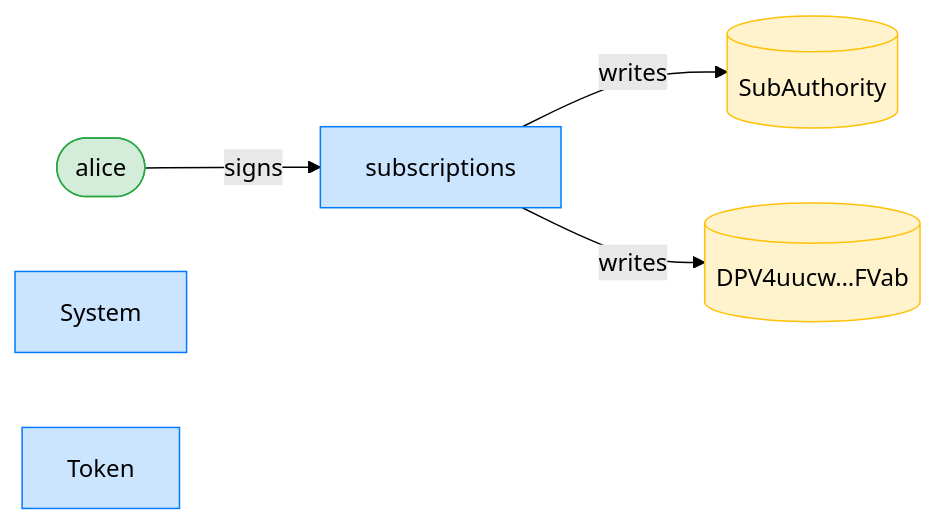
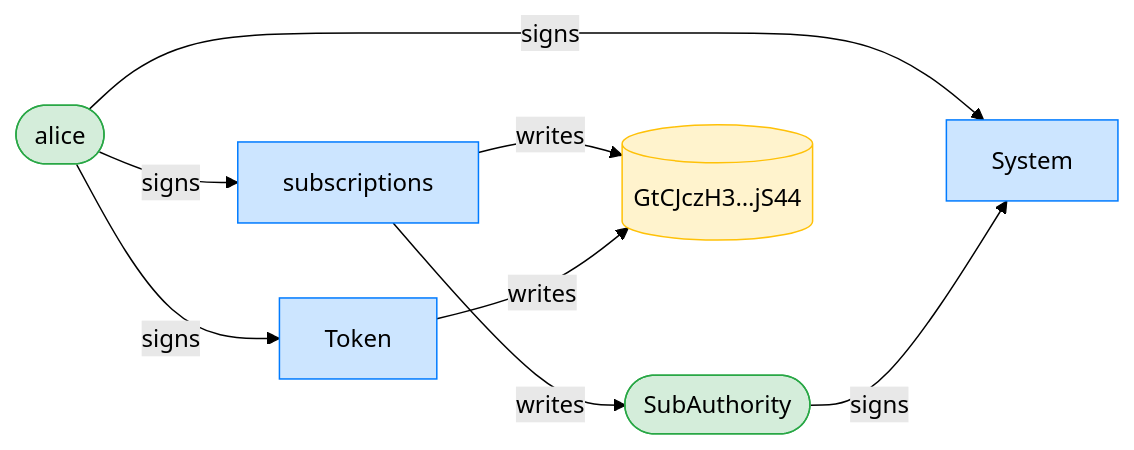
Before and after one commit to cds-rs/subscriptions: the third of 12 diagrams in dsl_tests/a-zero-expiry-means-no-expiry.md, drawn with Mermaid (forest theme). The commit also changed other lines of this file and 224 other files, not shown here.

````diff
--- a/dsl_tests/a-zero-expiry-means-no-expiry.md
+++ b/dsl_tests/a-zero-expiry-means-no-expiry.md
@@ -55,15 +56,19 @@
 ```mermaid
 flowchart LR
     classDef signer fill:#d4edda,stroke:#28a745;
     classDef program fill:#cce5ff,stroke:#007bff;
     classDef writable fill:#fff3cd,stroke:#ffc107;
     subscriptions[subscriptions]:::program
     alice([alice]):::signer
-    SubAuthority[(SubAuthority)]:::writable
-    DPV4uucw_FVab[("DPV4uucw…FVab")]:::writable
+    SubAuthority([SubAuthority]):::signer
+    GtCJczH3_jS44[("GtCJczH3…jS44")]:::writable
     System[System]:::program
     Token[Token]:::program
     alice -->|signs| subscriptions
+    alice -->|signs| System
+    SubAuthority -->|signs| System
+    alice -->|signs| Token
     subscriptions -->|writes| SubAuthority
-    subscriptions -->|writes| DPV4uucw_FVab
+    subscriptions -->|writes| GtCJczH3_jS44
+    Token -->|writes| GtCJczH3_jS44
 ```
````
